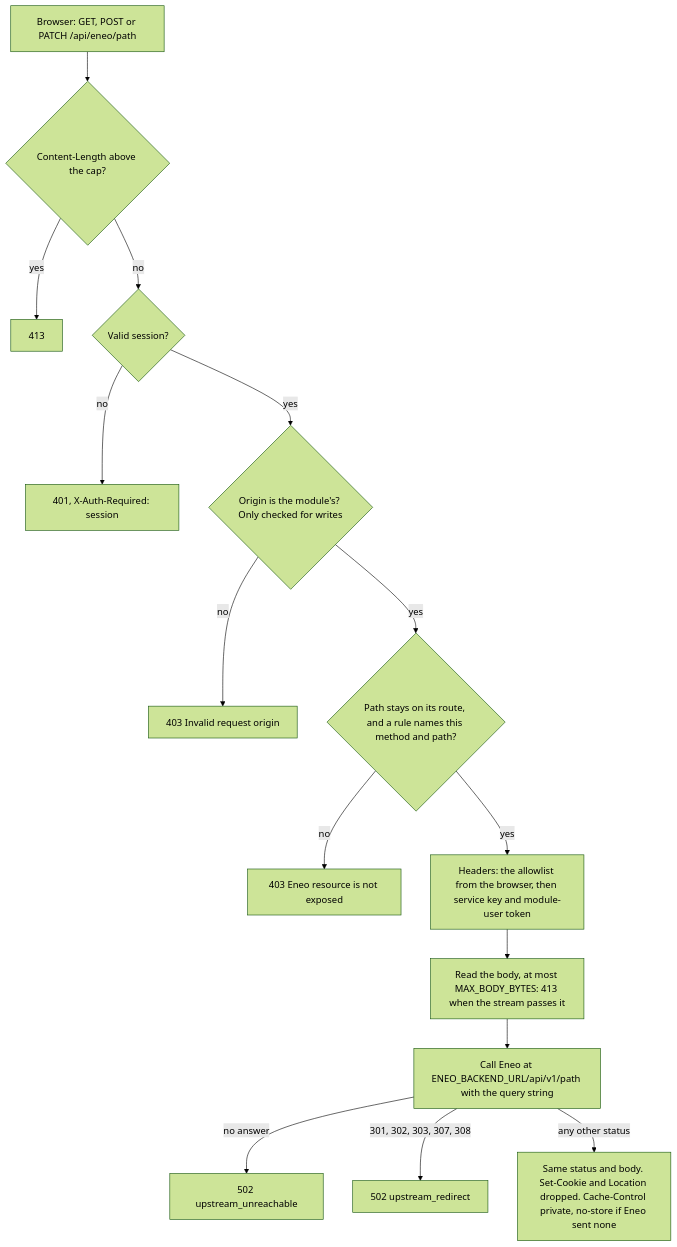
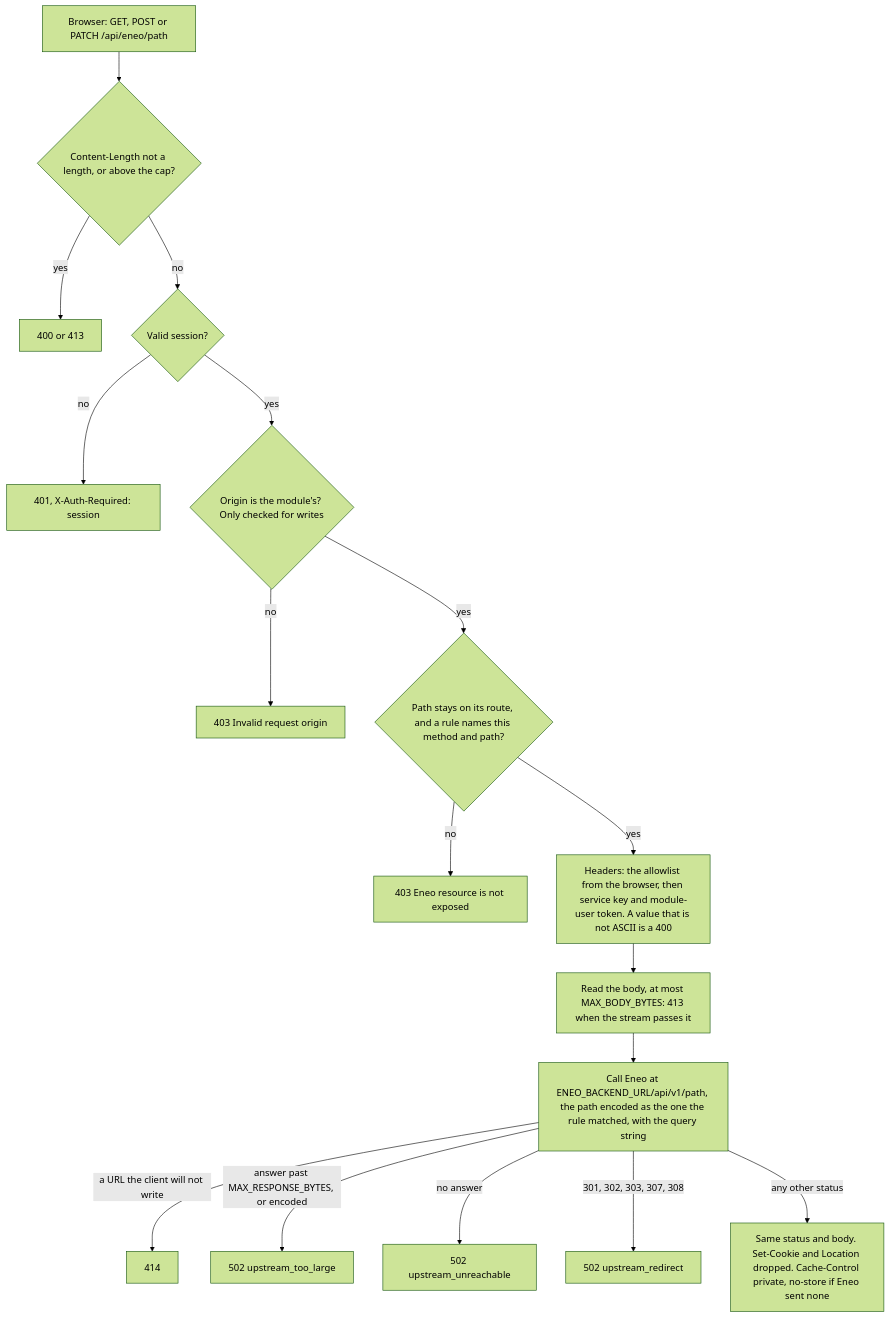
The sixth of 13 diagrams in docs/architecture.md (eneo-ai/eneo-module-kit), drawn with Mermaid (forest theme) before and after one commit. The commit also changed other lines of this file, not shown here.

Commit message:
docs(architecture): the proxied-request diagram shows the answers the BFF now gives

````diff
--- a/docs/architecture.md
+++ b/docs/architecture.md
@@ -163,17 +163,19 @@
 ```mermaid
 flowchart TB
-  r["Browser: GET, POST or PATCH /api/eneo/path"] --> l{"Content-Length above the cap?"}
-  l -->|"yes"| e413["413"]
+  r["Browser: GET, POST or PATCH /api/eneo/path"] --> l{"Content-Length not a length, or above the cap?"}
+  l -->|"yes"| e413["400 or 413"]
   l -->|"no"| s{"Valid session?"}
   s -->|"no"| e401["401, X-Auth-Required: session"]
   s -->|"yes"| o{"Origin is the module's? Only checked for writes"}
   o -->|"no"| e403a["403 Invalid request origin"]
   o -->|"yes"| a{"Path stays on its route, and a rule names this method and path?"}
   a -->|"no"| e403b["403 Eneo resource is not exposed"]
-  a -->|"yes"| h["Headers: the allowlist from the browser, then service key and module-user token"]
+  a -->|"yes"| h["Headers: the allowlist from the browser, then service key and module-user token. A value that is not ASCII is a 400"]
   h --> b["Read the body, at most MAX_BODY_BYTES: 413 when the stream passes it"]
-  b --> up["Call Eneo at ENEO_BACKEND_URL/api/v1/path with the query string"]
+  b --> up["Call Eneo at ENEO_BACKEND_URL/api/v1/path, the path encoded as the one the rule matched, with the query string"]
+  up -->|"a URL the client will not write"| e414["414"]
+  up -->|"answer past MAX_RESPONSE_BYTES, or encoded"| e502c["502 upstream_too_large"]
   up -->|"no answer"| e502a["502 upstream_unreachable"]
   up -->|"301, 302, 303, 307, 308"| e502b["502 upstream_redirect"]
   up -->|"any other status"| resp["Same status and body. Set-Cookie and Location dropped. Cache-Control private, no-store if Eneo sent none"]
 ```
````
